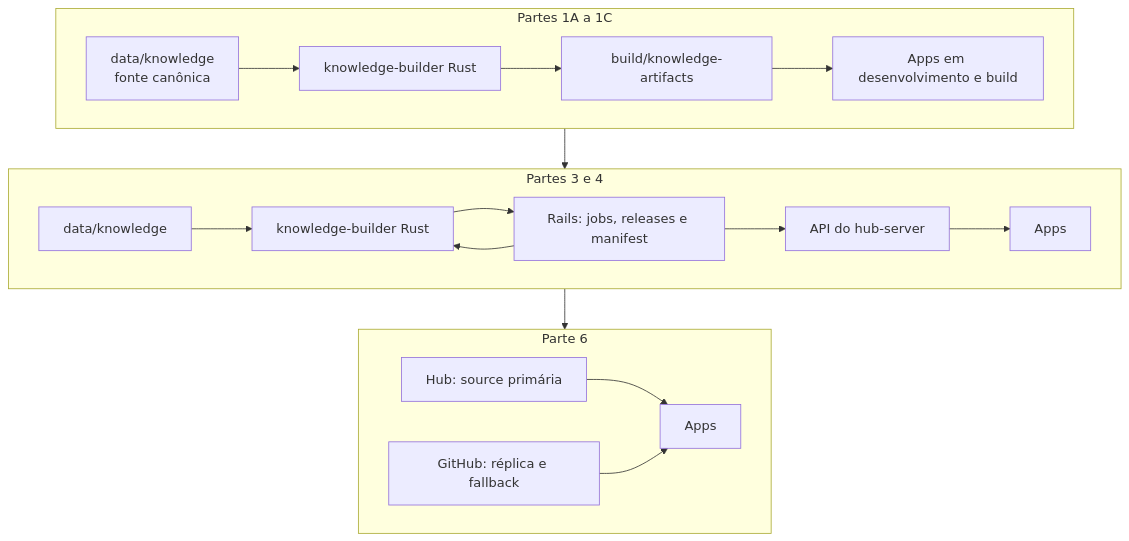
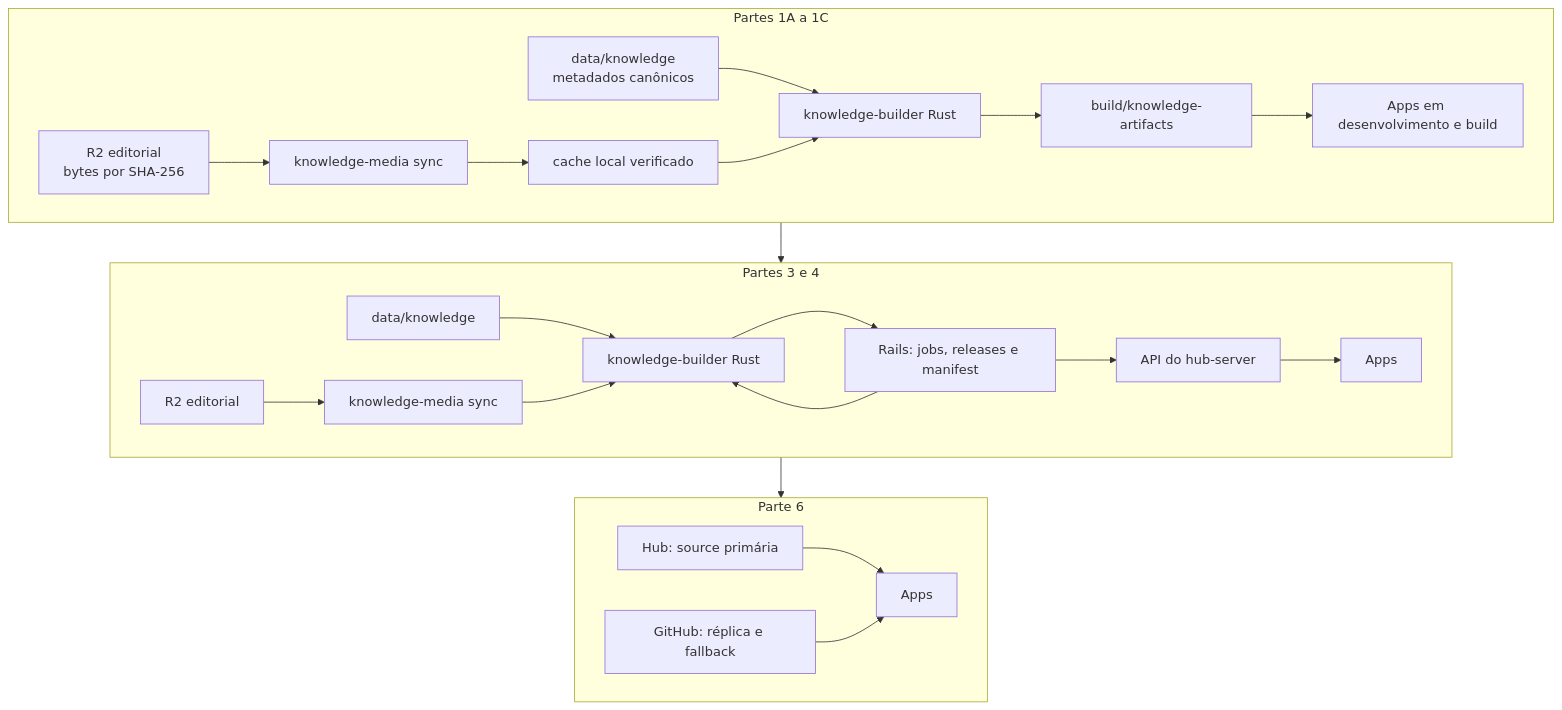
The second of 3 diagrams in docs/plans/hub-server/README.md (migmoroni/veterinary-clinic), drawn with Mermaid before and after one commit. The commit also changed other lines of this file and 5 other files, not shown here.

Commit message:
doc: knowledge and media

````diff
--- a/docs/plans/hub-server/README.md
+++ b/docs/plans/hub-server/README.md
@@ -97,23 +101,28 @@
 ```mermaid
 flowchart TB
     subgraph S1["Partes 1A a 1C"]
-        D1["data/knowledge<br/>fonte canônica"] --> G1["knowledge-builder Rust"]
+        D1["data/knowledge<br/>metadados canônicos"] --> G1["knowledge-builder Rust"]
+        R21["R2 editorial<br/>bytes por SHA-256"] --> M1["knowledge-media sync"]
+        M1 --> C1["cache local verificado"]
+        C1 --> G1
         G1 --> B1["build/knowledge-artifacts"]
         B1 --> A1["Apps em desenvolvimento e build"]
     end
 
     subgraph S2["Partes 3 e 4"]
         D2["data/knowledge"] --> G2["knowledge-builder Rust"]
-        R2["Rails: jobs, releases e manifest"] --> G2
-        G2 --> R2
-        R2 --> H2["API do hub-server"]
+        R22["R2 editorial"] --> M2["knowledge-media sync"]
+        M2 --> G2
+        HUB2["Rails: jobs, releases e manifest"] --> G2
+        G2 --> HUB2
+        HUB2 --> H2["API do hub-server"]
         H2 --> A2["Apps"]
     end
 
     subgraph S3["Parte 6"]
         H3["Hub: source primária"] --> A3["Apps"]
         GH3["GitHub: réplica e fallback"] --> A3
     end
 
     S1 --> S2 --> S3
 ```
````
